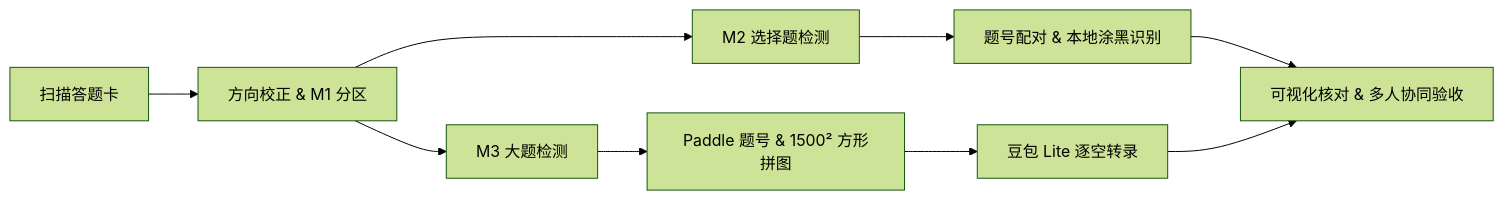
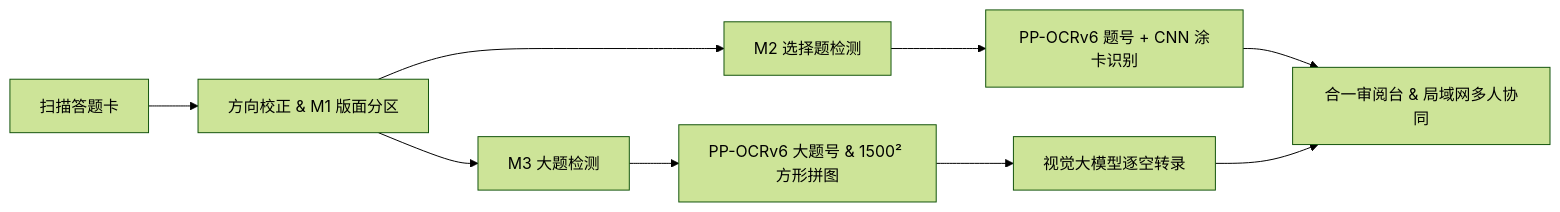
The diagram in README.md (KJNSAIUDHWI/my_first_project), drawn with Mermaid (forest theme) before and after one commit. The commit also changed other lines of this file and 22 other files, not shown here.

````diff
--- a/README.md
+++ b/README.md
@@ -45,11 +68,11 @@
 ```mermaid
 flowchart LR
-    A[扫描答题卡] --> B[方向校正 & M1 分区]
+    A[扫描答题卡] --> B[方向校正 & M1 版面分区]
     B --> C[M2 选择题检测]
-    C --> D[题号配对 & 本地涂黑识别]
+    C --> D[PP-OCRv6 题号 + CNN 涂卡识别]
     B --> E[M3 大题检测]
-    E --> F[Paddle 题号 & 1500² 方形拼图]
-    F --> G[豆包 Lite 逐空转录]
-    D --> H[可视化核对 & 多人协同验收]
+    E --> F[PP-OCRv6 大题号 & 1500² 方形拼图]
+    F --> G[视觉大模型逐空转录]
+    D --> H[合一审阅台 & 局域网多人协同]
     G --> H
 ```
````
